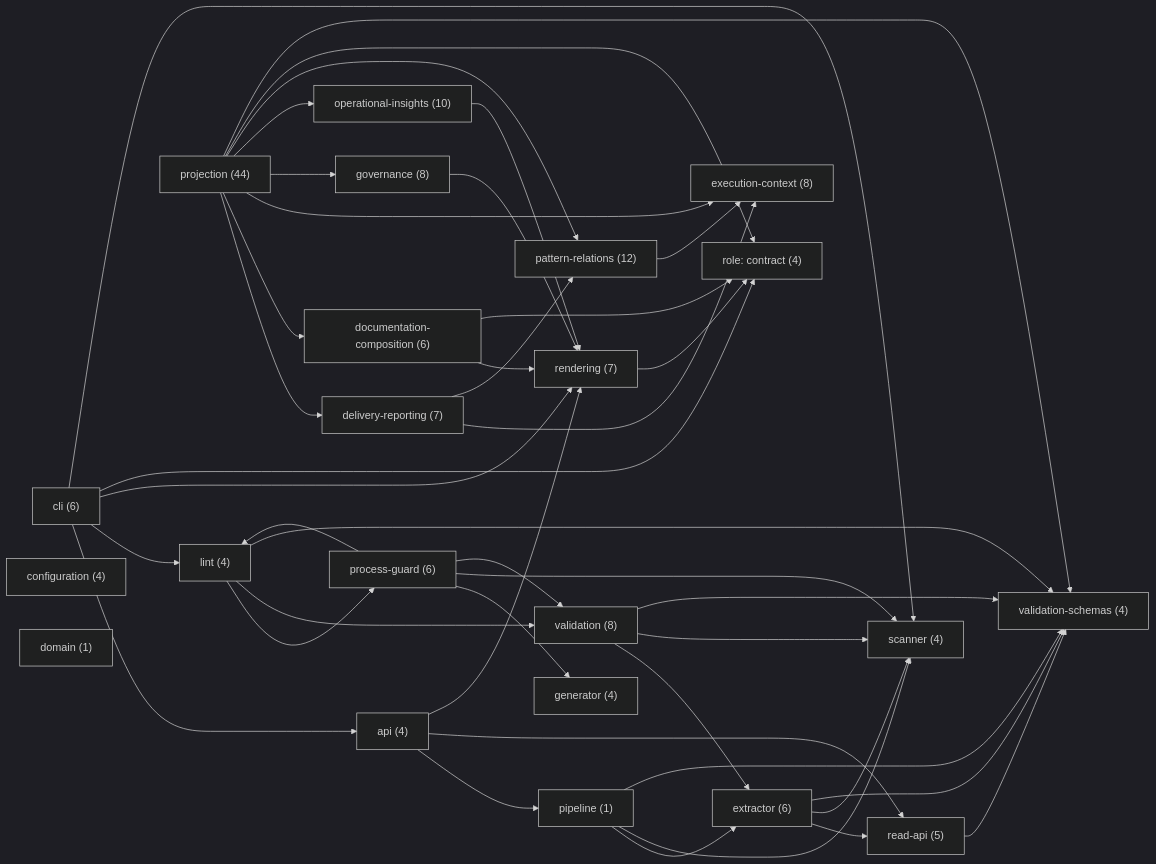
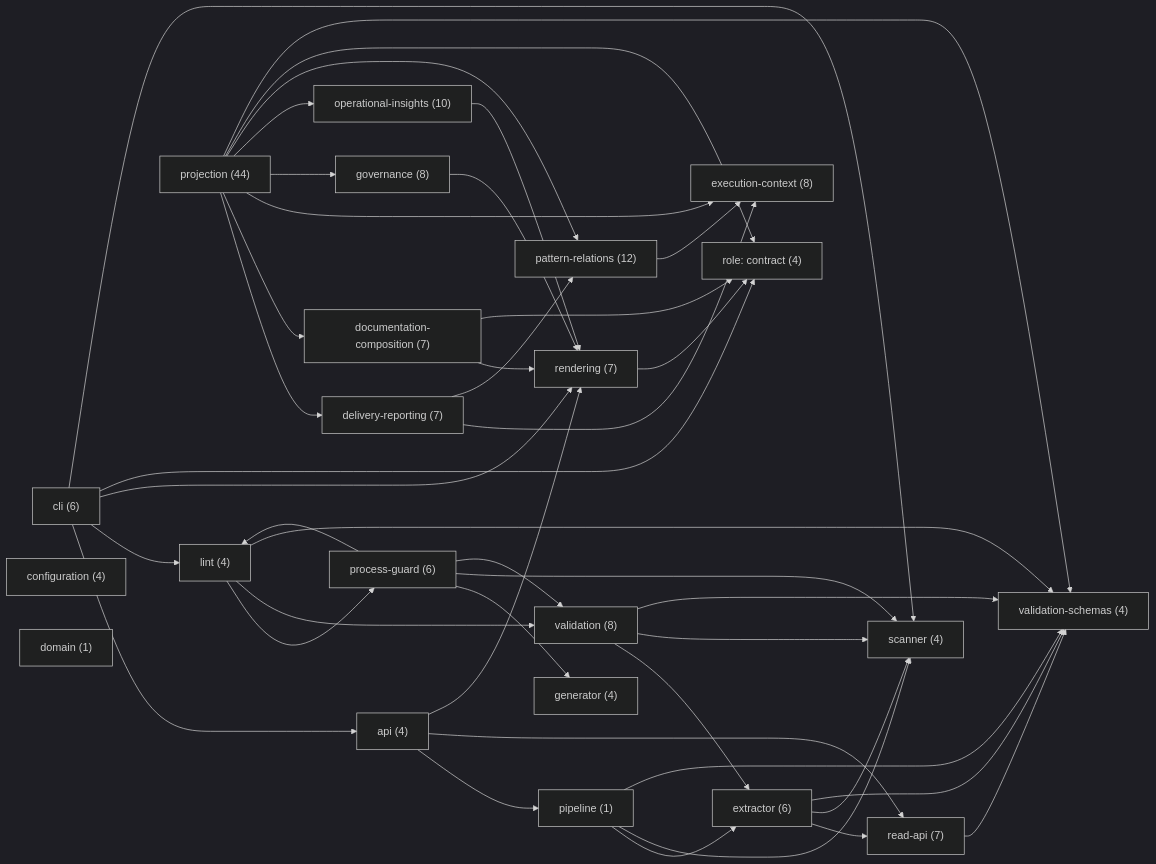
One commit to libar-dev/architect changed the first of 23 diagrams in docs-live/ARCHITECTURE.md. Above: the diagram before and after it, drawn with Mermaid (dark theme). The commit also changed other lines of this file and 18 other files, not shown here.

````diff
--- a/docs-live/ARCHITECTURE.md
+++ b/docs-live/ARCHITECTURE.md
@@ -23,66 +23,66 @@
 ```mermaid
 graph LR
   api["api (4)"]
   cli["cli (6)"]
   configuration["configuration (4)"]
   delivery_reporting["delivery-reporting (7)"]
-  documentation_composition["documentation-composition (6)"]
+  documentation_composition["documentation-composition (7)"]
   domain["domain (1)"]
   execution_context["execution-context (8)"]
   extractor["extractor (6)"]
   generator["generator (4)"]
   governance["governance (8)"]
   lint["lint (4)"]
   operational_insights["operational-insights (10)"]
   pattern_relations["pattern-relations (12)"]
   pipeline["pipeline (1)"]
   process_guard["process-guard (6)"]
   projection["projection (44)"]
-  read_api["read-api (5)"]
+  read_api["read-api (7)"]
   rendering["rendering (7)"]
   scanner["scanner (4)"]
   validation["validation (8)"]
   validation_schemas["validation-schemas (4)"]
   role_contract["role: contract (4)"]
   api --> pipeline
   api --> read_api
   api --> rendering
   cli --> api
   cli --> lint
   cli --> rendering
   cli --> role_contract
   cli --> scanner
   delivery_reporting --> execution_context
   delivery_reporting --> pattern_relations
   documentation_composition --> rendering
   documentation_composition --> role_contract
   extractor --> read_api
   extractor --> scanner
   extractor --> validation_schemas
   governance --> rendering
   lint --> process_guard
   lint --> validation
   lint --> validation_schemas
   operational_insights --> rendering
   pattern_relations --> execution_context
   pipeline --> extractor
   pipeline --> scanner
   pipeline --> validation_schemas
   process_guard --> generator
   process_guard --> lint
   process_guard --> scanner
   process_guard --> validation
   projection --> delivery_reporting
   projection --> documentation_composition
   projection --> execution_context
   projection --> governance
   projection --> operational_insights
   projection --> pattern_relations
   projection --> role_contract
   projection --> validation_schemas
   read_api --> validation_schemas
   rendering --> role_contract
   validation --> extractor
   validation --> scanner
   validation --> validation_schemas
 ```
````
